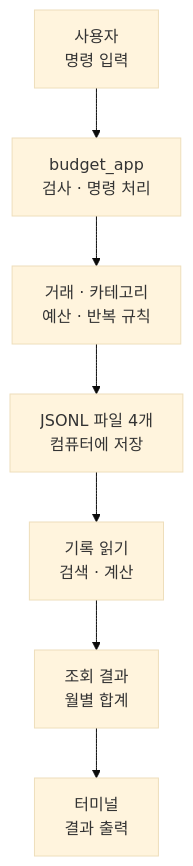
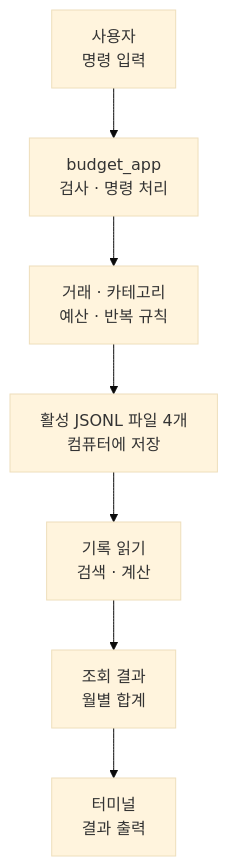
Before and after one commit to Cerhovah/Codyssey_Mission_B2-1: the first of 9 diagrams in README.md, drawn with Mermaid (base theme). The commit also changed other lines of this file and 18 other files, not shown here.

````diff
--- a/README.md
+++ b/README.md
@@ -13,9 +13,9 @@
 ```mermaid
 flowchart TD
     User["사용자<br/>명령 입력"] --> App["budget_app<br/>검사 · 명령 처리"]
     App --> Save["거래 · 카테고리<br/>예산 · 반복 규칙"]
-    Save --> Files["JSONL 파일 4개<br/>컴퓨터에 저장"]
+    Save --> Files["활성 JSONL 파일 4개<br/>컴퓨터에 저장"]
     Files --> Read["기록 읽기<br/>검색 · 계산"]
     Read --> Result["조회 결과<br/>월별 합계"]
     Result --> Screen["터미널<br/>결과 출력"]
 ```
````
